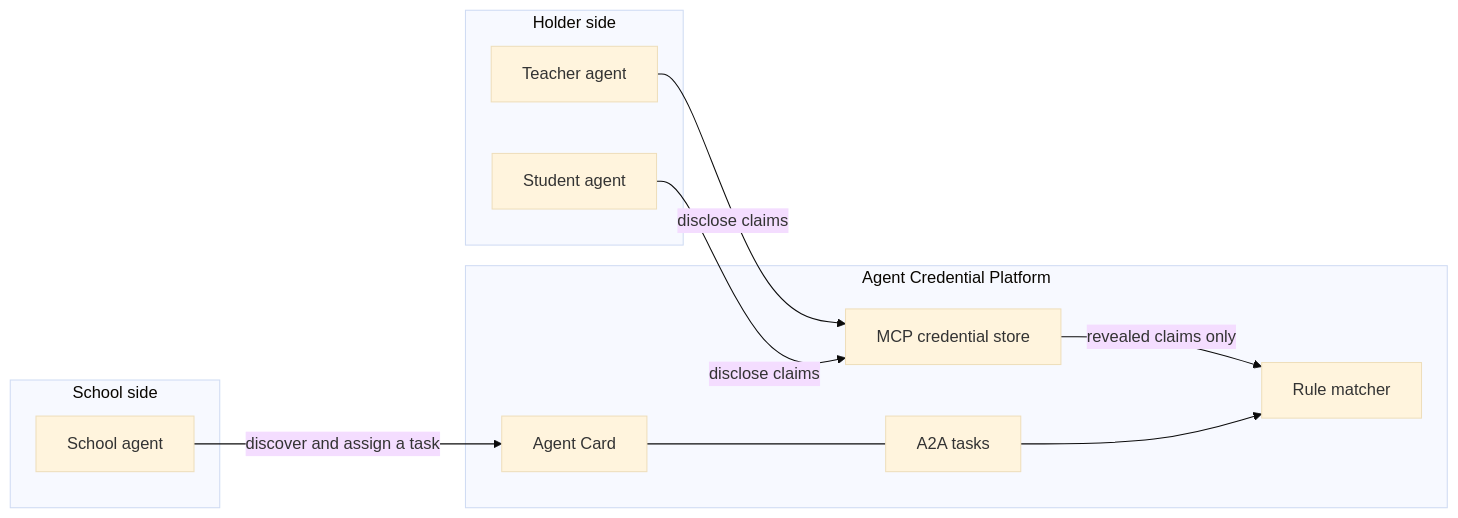
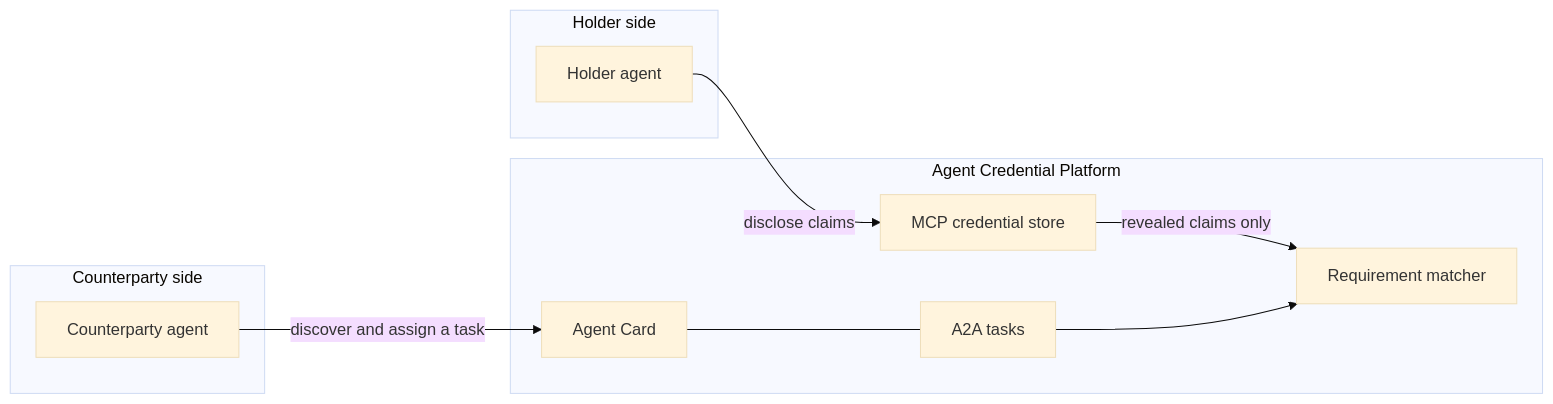
One commit to willcode07/agent-credential-platform changed the diagram in README.md. Above: the diagram before and after it, drawn with Mermaid (base theme). The commit also changed other lines of this file and 23 other files, not shown here.

````diff
--- a/README.md
+++ b/README.md
@@ -33,22 +42,20 @@
 ```mermaid
 flowchart LR
-  subgraph holders [Holder side]
-    TeacherAgent[Teacher agent]
-    StudentAgent[Student agent]
+  subgraph holderSide [Holder side]
+    HolderAgent[Holder agent]
   end
-  subgraph schoolSide [School side]
-    SchoolAgent[School agent]
+  subgraph counterpartySide [Counterparty side]
+    Counterparty[Counterparty agent]
   end
   subgraph acp [Agent Credential Platform]
     Card["Agent Card"]
     Tasks[A2A tasks]
     Store[MCP credential store]
-    Match[Rule matcher]
+    Match[Requirement matcher]
   end
-  TeacherAgent -->|disclose claims| Store
-  StudentAgent -->|disclose claims| Store
+  HolderAgent -->|disclose claims| Store
   Store -->|revealed claims only| Match
-  SchoolAgent -->|discover and assign a task| Card
+  Counterparty -->|discover and assign a task| Card
   Card --- Tasks
   Tasks --> Match
 ```
````
